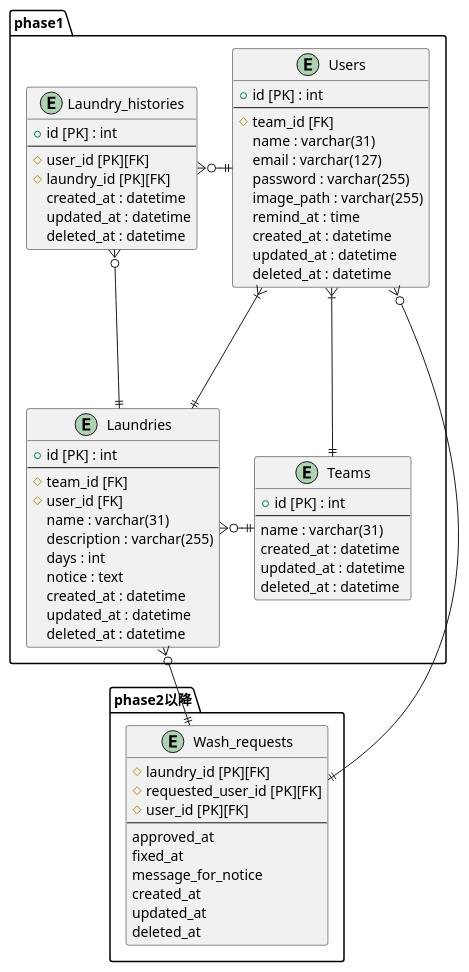
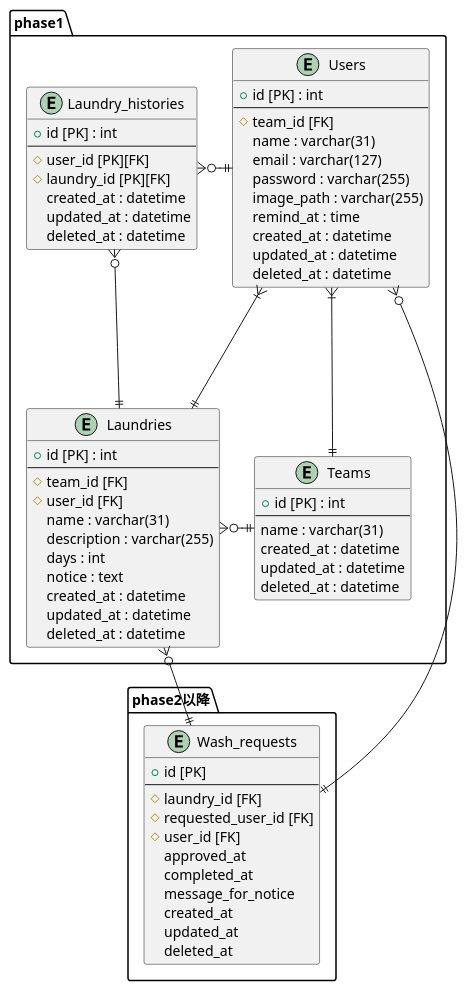
The diagram in docs/ER図.puml (mixa393/mohumohu), drawn with PlantUML before and after one commit.

Commit message:
Add: Wash_requestの整理

```diff
--- a/docs/ER図.puml
+++ b/docs/ER図.puml
@@ -1,80 +1,81 @@
 @startuml
 
 package phase1{
     entity Laundry_histories{
         + id [PK] : int
         --
         # user_id [PK][FK]
         # laundry_id [PK][FK]
         created_at : datetime
         updated_at : datetime
         deleted_at : datetime
     }
 
     entity Users{
     + id [PK] : int
     --
     # team_id [FK]
     name : varchar(31)
     email : varchar(127)
     password : varchar(255)
     image_path : varchar(255)
     remind_at : time
     created_at : datetime
     updated_at : datetime
     deleted_at : datetime
     }
 
     entity Teams
     {
     + id [PK] : int
     --
     name : varchar(31)
     created_at : datetime
     updated_at : datetime
     deleted_at : datetime
     }
 
     entity Laundries{
     + id [PK] : int
     --
     # team_id [FK]
     # user_id [FK]
     name : varchar(31)
     description : varchar(255)
     days : int
     notice : text
     created_at : datetime
     updated_at : datetime
     deleted_at : datetime
     }
 }
 
 
 package  phase2以降{
     entity Wash_requests{
-    # laundry_id [PK][FK]
-    # requested_user_id [PK][FK]
-    # user_id [PK][FK]
+    + id [PK]
     --
+    # laundry_id [FK]
+    # requested_user_id [FK]
+    # user_id [FK]
     approved_at
-    fixed_at
+    completed_at
     message_for_notice
     created_at
     updated_at
     deleted_at
     }
 }
 
 Laundry_histories }o-|| Users
 Laundry_histories }o-|| Laundries
 Users }|---|| Teams
 Users }|--|| Laundries
 Teams ||-o{ Laundries
 
 Laundries }o--|| Wash_requests
 Users }o-|| Wash_requests
 
 
 
 @enduml
```
